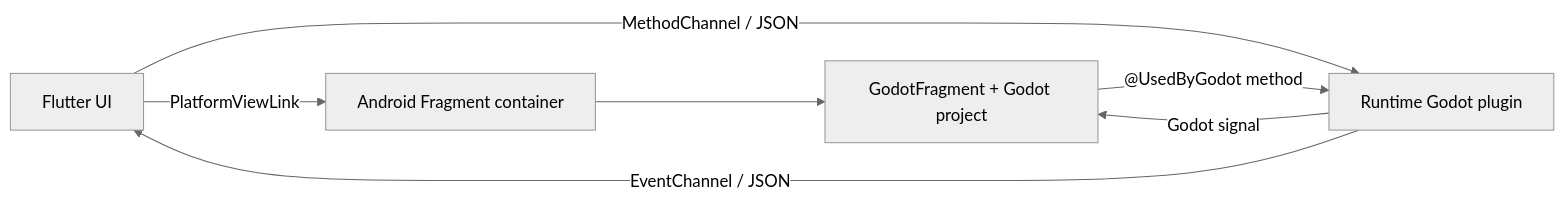
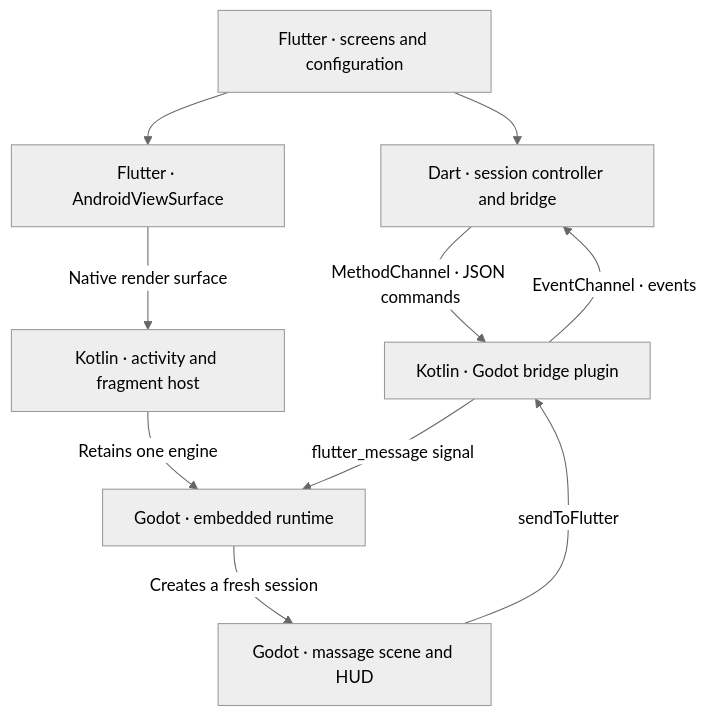
Before and after one commit to kuboch17/flutter-godot-llamassageapp: the first of 2 diagrams in README.md, drawn with Mermaid (neutral theme). The commit also changed other lines of this file and 3 other files, not shown here.

````diff
--- a/README.md
+++ b/README.md
@@ -27,9 +55,20 @@
 ```mermaid
-flowchart LR
-    Flutter["Flutter UI"] -->|"PlatformViewLink"| Native["Android Fragment container"]
-    Native --> Godot["GodotFragment + Godot project"]
-    Flutter -->|"MethodChannel / JSON"| Plugin["Runtime Godot plugin"]
-    Plugin -->|"Godot signal"| Godot
-    Godot -->|"@UsedByGodot method"| Plugin
-    Plugin -->|"EventChannel / JSON"| Flutter
+flowchart TB
+    UI["Flutter · screens and configuration"]
+    Controller["Dart · session controller and bridge"]
+    View["Flutter · AndroidViewSurface"]
+    Host["Kotlin · activity and fragment host"]
+    Plugin["Kotlin · Godot bridge plugin"]
+    Runtime["Godot · embedded runtime"]
+    Scene["Godot · massage scene and HUD"]
+
+    UI --> Controller
+    UI --> View
+    View -->|"Native render surface"| Host
+    Host -->|"Retains one engine"| Runtime
+    Controller -->|"MethodChannel · JSON commands"| Plugin
+    Plugin -->|"flutter_message signal"| Runtime
+    Runtime -->|"Creates a fresh session"| Scene
+    Scene -->|"sendToFlutter"| Plugin
+    Plugin -->|"EventChannel · events"| Controller
 ```
````
